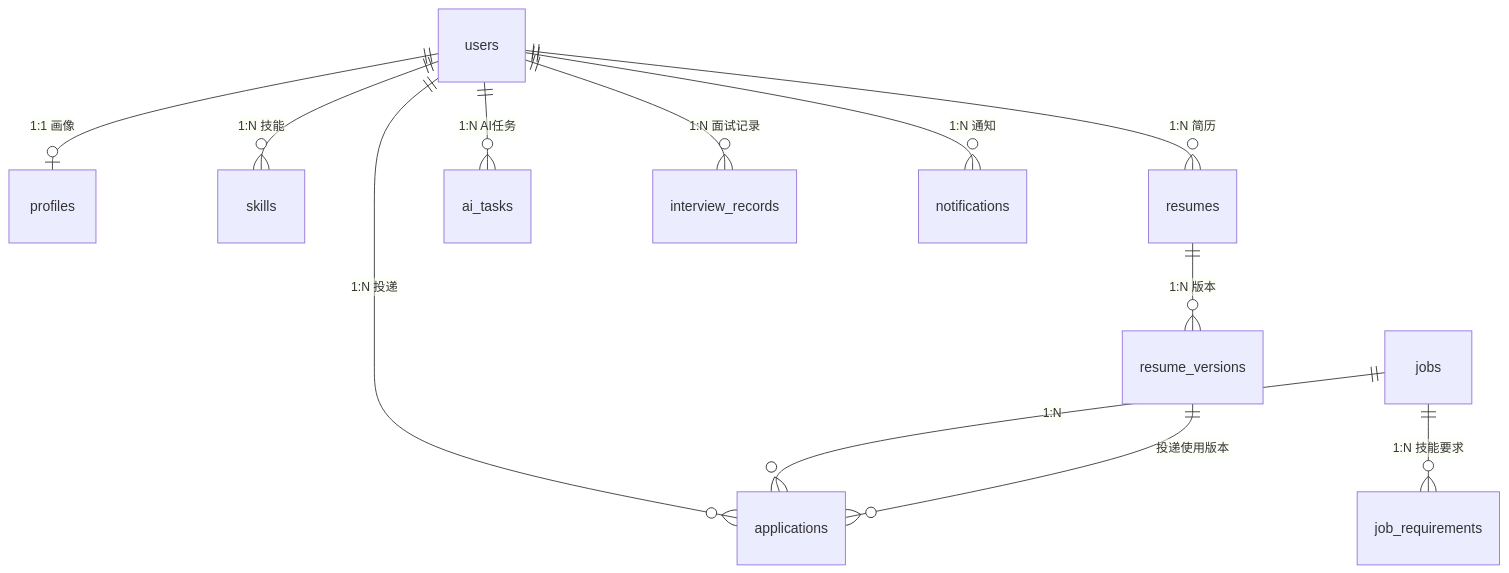
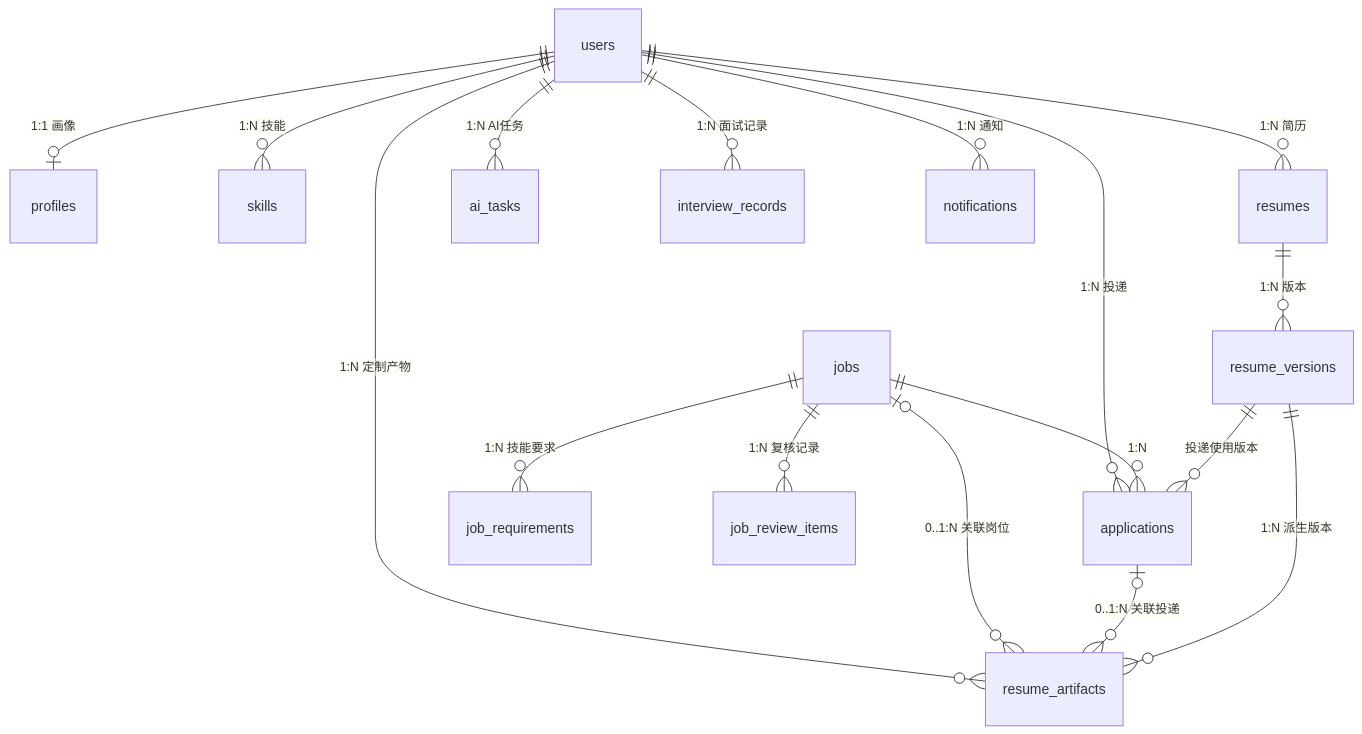
One commit to cjs1102/JobPilotAI changed the diagram in docs/03-database-design.md. Above: the diagram before and after it, drawn with Mermaid. The commit also changed other lines of this file and 6 other files, not shown here.

````diff
--- a/docs/03-database-design.md
+++ b/docs/03-database-design.md
@@ -17,14 +17,19 @@
 ```mermaid
 erDiagram
     users ||--o| profiles : "1:1 画像"
     users ||--o{ skills : "1:N 技能"
     users ||--o{ resumes : "1:N 简历"
     resumes ||--o{ resume_versions : "1:N 版本"
     users ||--o{ applications : "1:N 投递"
     jobs ||--o{ applications : "1:N"
     jobs ||--o{ job_requirements : "1:N 技能要求"
     resume_versions ||--o{ applications : "投递使用版本"
     users ||--o{ ai_tasks : "1:N AI任务"
     users ||--o{ interview_records : "1:N 面试记录"
     users ||--o{ notifications : "1:N 通知"
+    jobs ||--o{ job_review_items : "1:N 复核记录"
+    users ||--o{ resume_artifacts : "1:N 定制产物"
+    jobs |o--o{ resume_artifacts : "0..1:N 关联岗位"
+    applications |o--o{ resume_artifacts : "0..1:N 关联投递"
+    resume_versions ||--o{ resume_artifacts : "1:N 派生版本"
 ```
````
